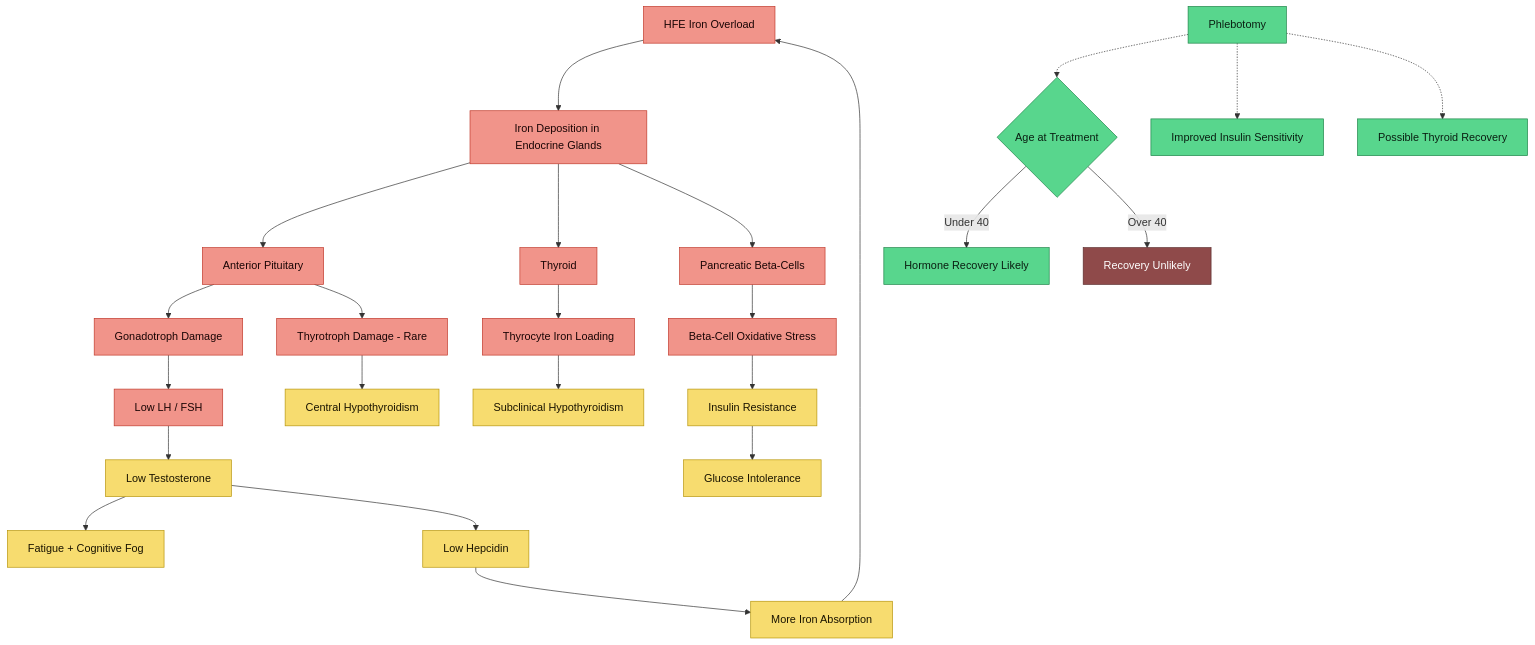
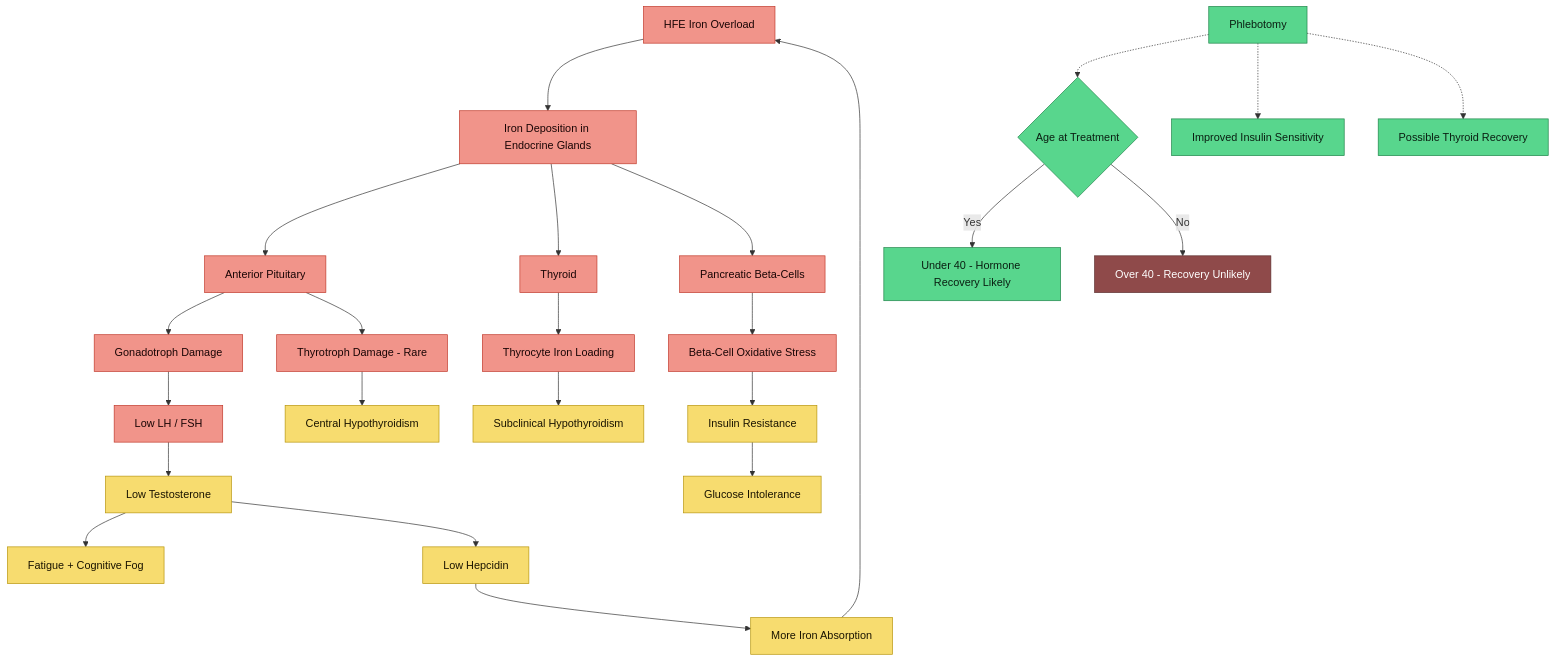
The diagram in src/site/notes/research/Endocrine Effects of HFE Iron Overload.md (Aegis-commits/ag-hfe-adhd-asd-research), drawn with Mermaid before and after one commit. The commit also changed 14 other files, not shown here.

````diff
--- a/src/site/notes/research/Endocrine Effects of HFE Iron Overload.md
+++ b/src/site/notes/research/Endocrine Effects of HFE Iron Overload.md
@@ -24,45 +24,45 @@
 ```mermaid
 flowchart TD
     A[HFE Iron Overload] --> B[Iron Deposition in Endocrine Glands]
 
     B --> C[Anterior Pituitary]
     B --> D[Thyroid]
     B --> E[Pancreatic Beta-Cells]
 
     C --> F[Gonadotroph Damage]
     F --> G[Low LH / FSH]
     G --> H[Low Testosterone]
     H --> I[Fatigue + Cognitive Fog]
 
     C --> J[Thyrotroph Damage - Rare]
     J --> K[Central Hypothyroidism]
 
     D --> L[Thyrocyte Iron Loading]
     L --> M[Subclinical Hypothyroidism]
 
     E --> N[Beta-Cell Oxidative Stress]
     N --> O[Insulin Resistance]
     O --> P[Glucose Intolerance]
 
     H --> Q[Low Hepcidin]
     Q --> R[More Iron Absorption]
     R --> A
 
     S[Phlebotomy] -.-> T{Age at Treatment}
-    T -->|Under 40| U[Hormone Recovery Likely]
-    T -->|Over 40| V[Recovery Unlikely]
+    T -->|Yes| U[Under 40 - Hormone Recovery Likely]
+    T -->|No| V[Over 40 - Recovery Unlikely]
     S -.-> W[Improved Insulin Sensitivity]
     S -.-> X[Possible Thyroid Recovery]
 
     classDef iron fill:#f1948a,stroke:#c0392b,color:#1a0505
     classDef damage fill:#f1948a,stroke:#c0392b,color:#1a0505
     classDef outcome fill:#f7dc6f,stroke:#b7950b,color:#1a1400
     classDef protect fill:#58d68d,stroke:#1e8449,color:#0a1f12
     classDef warn fill:#8f4a4a,stroke:#5c2d2d,color:#fff
 
     class A,B iron
     class C,D,E,F,G,J,L,N damage
     class H,I,K,M,O,P,Q,R outcome
     class S,T,U,W,X protect
     class V warn
 ```
````
